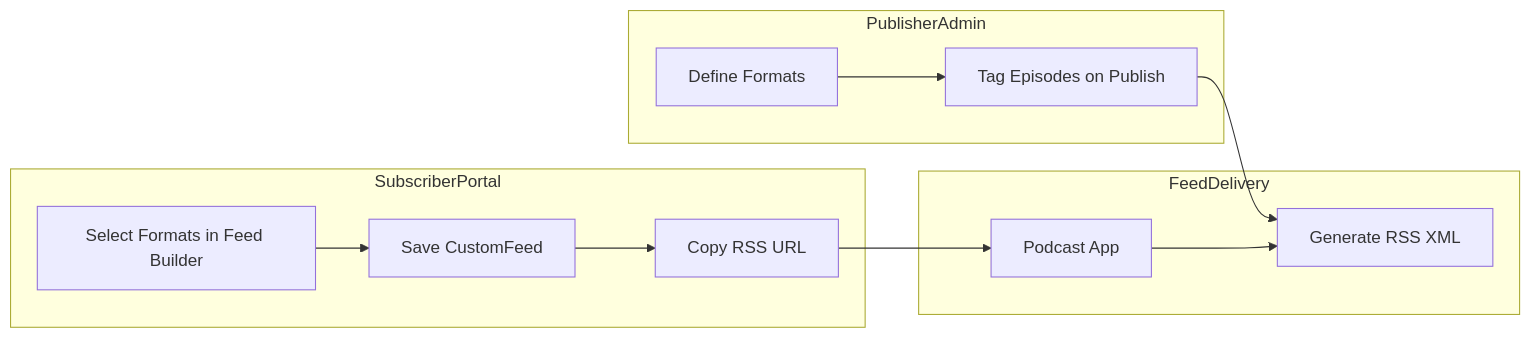
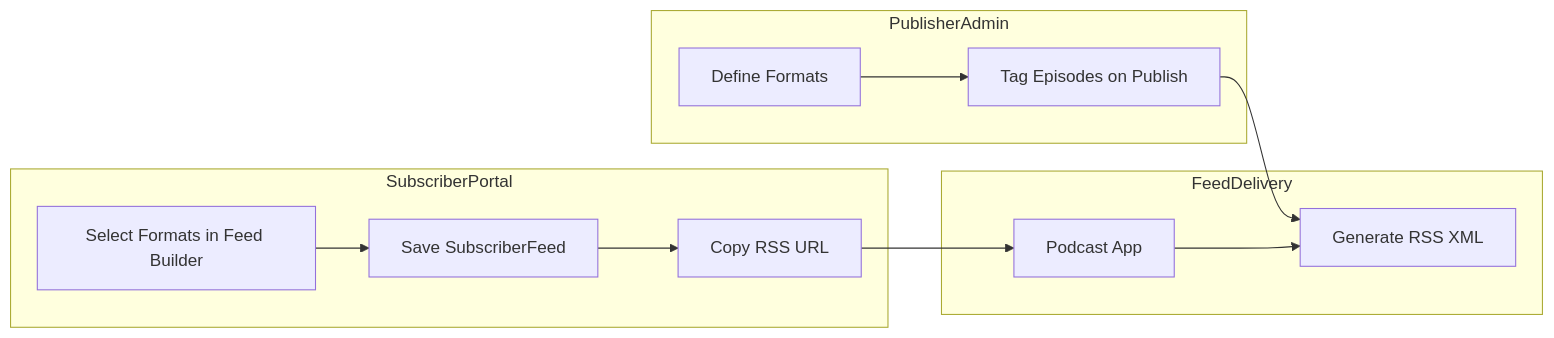
The tenth of 13 diagrams in README.md (LucaNerlich/directwerk), drawn with Mermaid before and after one commit. The commit also changed other lines of this file and 71 other files, not shown here.

````diff
--- a/README.md
+++ b/README.md
@@ -1857,25 +1847,25 @@
 ```mermaid
 flowchart LR
     subgraph publisher [PublisherAdmin]
         DefineFormats[Define Formats]
         TagEpisodes[Tag Episodes on Publish]
     end
 
     subgraph subscriber [SubscriberPortal]
         SelectFormats[Select Formats in Feed Builder]
-        SaveFeed[Save CustomFeed]
+        SaveFeed[Save SubscriberFeed]
         CopyURL[Copy RSS URL]
     end
 
     subgraph delivery [FeedDelivery]
         GenerateRSS[Generate RSS XML]
         PodcastApp[Podcast App]
     end
 
     DefineFormats --> TagEpisodes
     TagEpisodes --> GenerateRSS
     SelectFormats --> SaveFeed
     SaveFeed --> CopyURL
     CopyURL --> PodcastApp
     PodcastApp --> GenerateRSS
 ```
````
